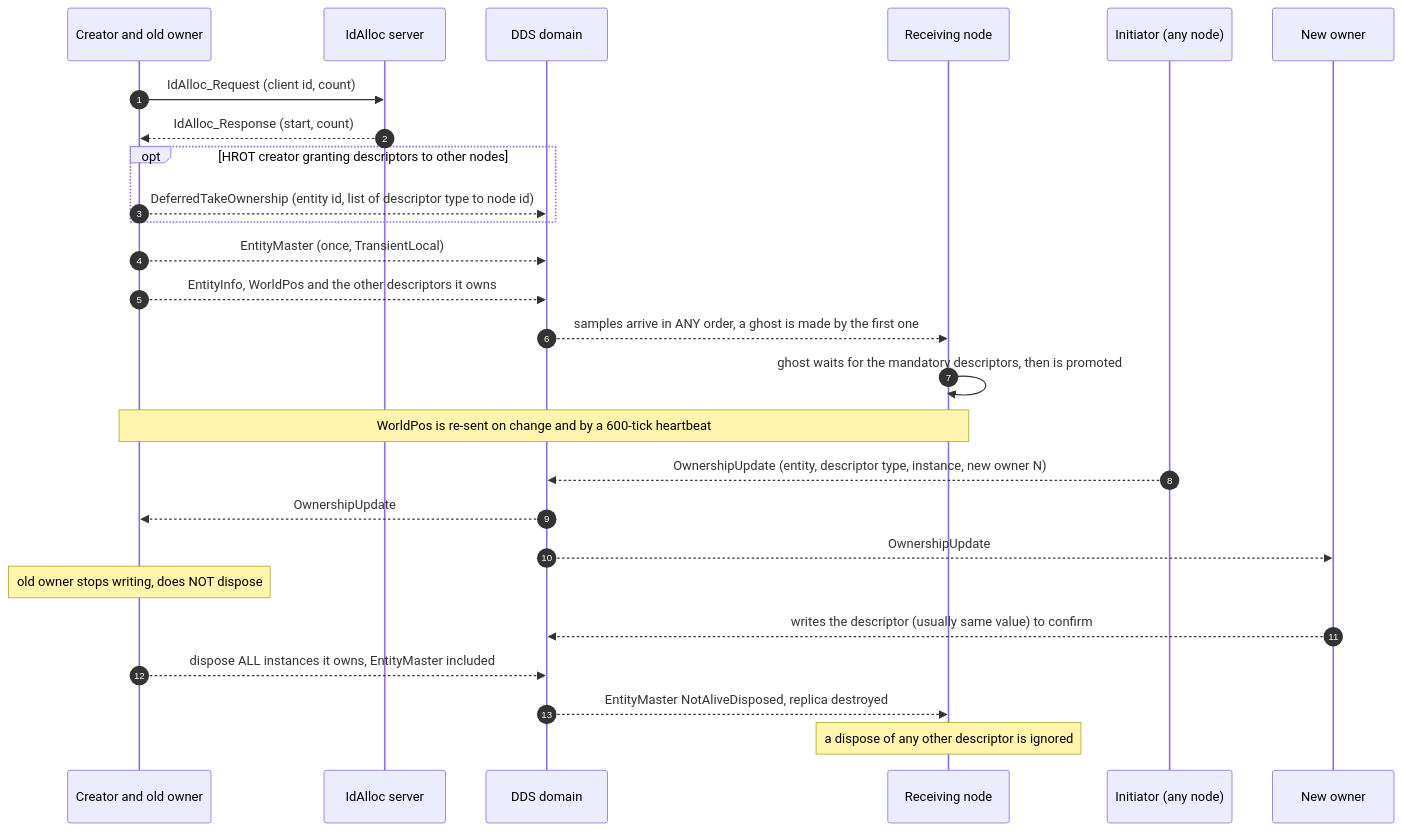
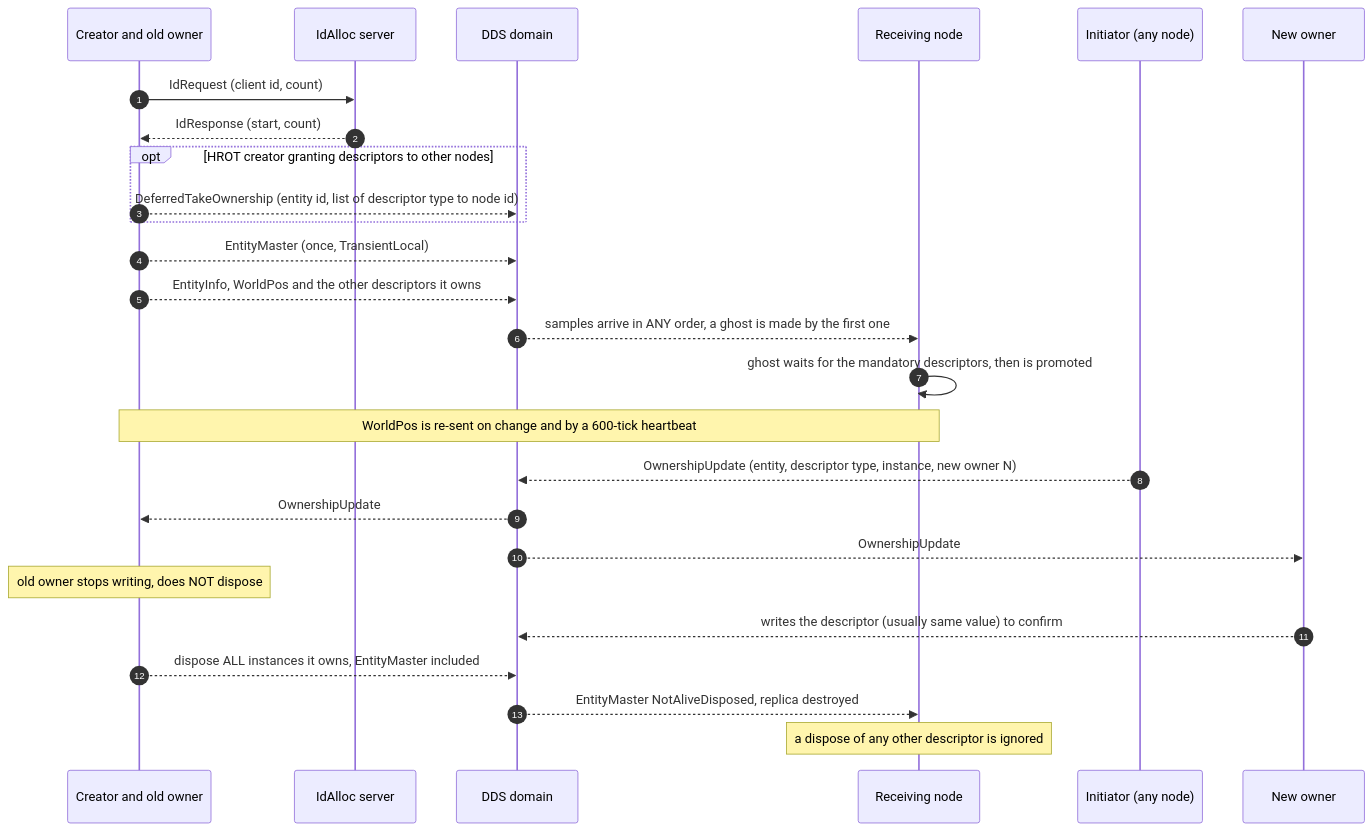
Before and after one commit to pjanec/HROT: the second of 3 diagrams in docs/reference/NED_DDS_Protocol.md, drawn with Mermaid. The commit also changed other lines of this file and 257 other files, not shown here.

````diff
--- a/docs/reference/NED_DDS_Protocol.md
+++ b/docs/reference/NED_DDS_Protocol.md
@@ -113,28 +113,28 @@
 ```mermaid
 sequenceDiagram
     autonumber
     participant C as Creator and old owner
     participant A as IdAlloc server
     participant W as DDS domain
     participant R as Receiving node
     participant I as Initiator (any node)
     participant N as New owner
-    C->>A: IdAlloc_Request (client id, count)
-    A-->>C: IdAlloc_Response (start, count)
+    C->>A: IdRequest (client id, count)
+    A-->>C: IdResponse (start, count)
     opt HROT creator granting descriptors to other nodes
         C-->>W: DeferredTakeOwnership (entity id, list of descriptor type to node id)
     end
     C-->>W: EntityMaster (once, TransientLocal)
     C-->>W: EntityInfo, WorldPos and the other descriptors it owns
     W-->>R: samples arrive in ANY order, a ghost is made by the first one
     R->>R: ghost waits for the mandatory descriptors, then is promoted
     Note over C,R: WorldPos is re-sent on change and by a 600-tick heartbeat
     I-->>W: OwnershipUpdate (entity, descriptor type, instance, new owner N)
     W-->>C: OwnershipUpdate
     W-->>N: OwnershipUpdate
     Note over C: old owner stops writing, does NOT dispose
     N-->>W: writes the descriptor (usually same value) to confirm
     C-->>W: dispose ALL instances it owns, EntityMaster included
     W-->>R: EntityMaster NotAliveDisposed, replica destroyed
     Note over R: a dispose of any other descriptor is ignored
 ```
````
